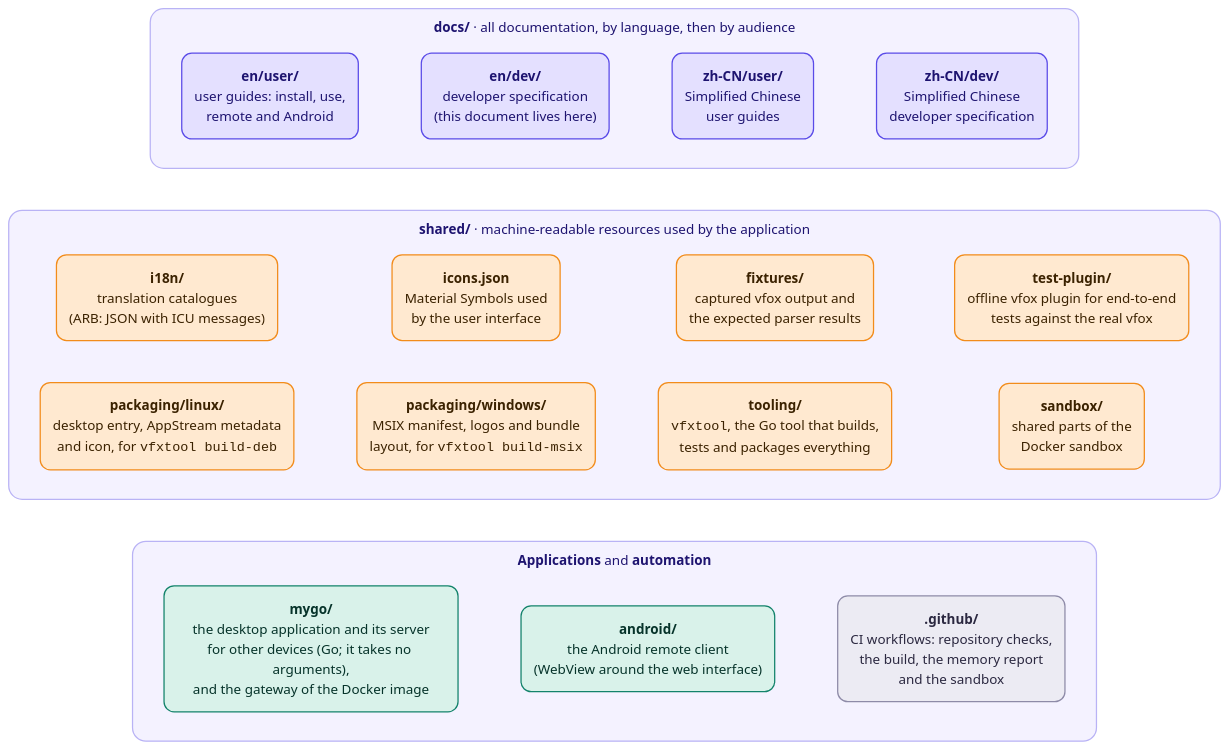
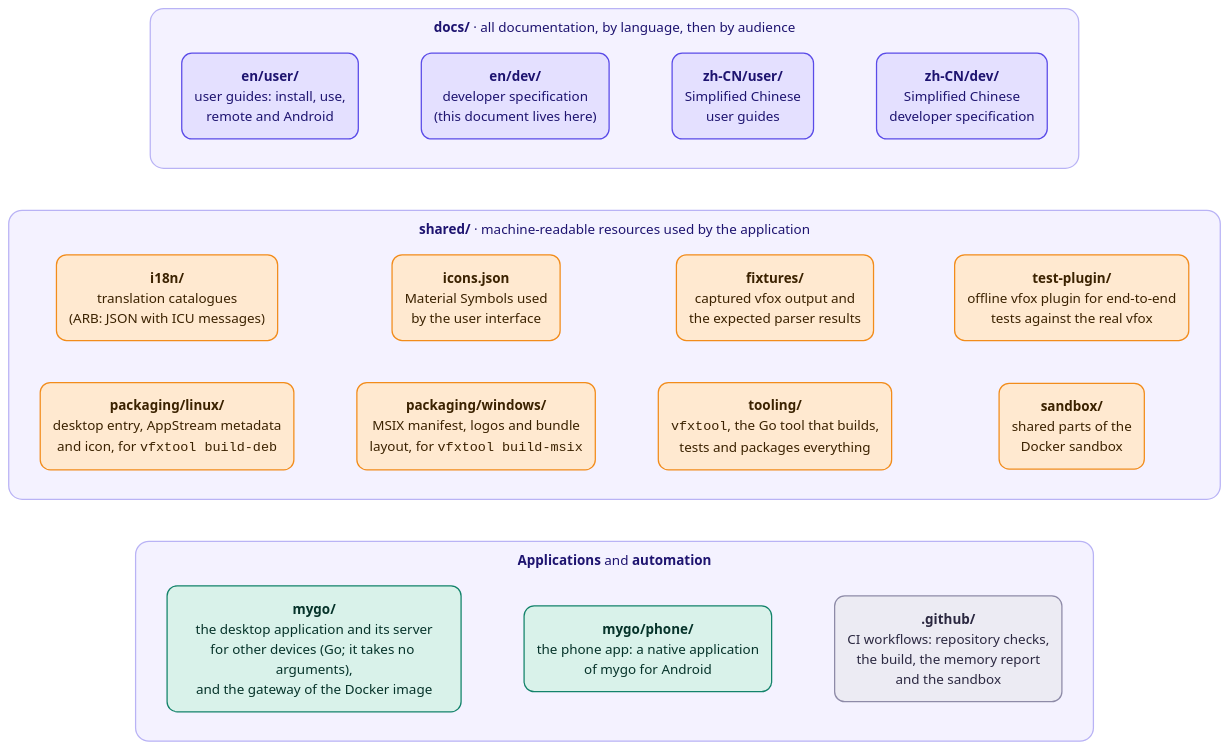
The first of 5 diagrams in docs/en/dev/architecture.md (version-fox/vfox-plus), drawn with Mermaid before and after one commit. The commit also changed other lines of this file and 27 other files, not shown here.

First line of the commit message:
Document the phone app in the user and developer guides

````diff
--- a/docs/en/dev/architecture.md
+++ b/docs/en/dev/architecture.md
@@ -14,51 +14,51 @@
 ```mermaid
 ---
 config:
   theme: base
   themeVariables:
     fontFamily: "system-ui, -apple-system, 'Segoe UI', 'Noto Sans', 'Noto Sans CJK SC', 'PingFang SC', 'Microsoft YaHei', sans-serif"
     lineColor: "#7C79A8"
     primaryColor: "#FFE9D0"
     primaryBorderColor: "#F28C1B"
     primaryTextColor: "#3B2200"
     clusterBkg: "#F4F2FF"
     clusterBorder: "#B9B3F5"
     titleColor: "#1E1470"
     edgeLabelBackground: "#FFFFFF"
   flowchart:
     curve: basis
     wrappingWidth: 320
     subGraphTitleMargin:
       top: 10
       bottom: 8
 ---
 flowchart TB
     accTitle: Repository layout
-    accDescr: docs holds the documentation, shared the resources used by the application, mygo the application and the gateway of the Docker image, android the Android client, and .github the CI workflows.
+    accDescr: docs holds the documentation, shared the resources used by the application, mygo the application, the gateway of the Docker image and the phone app, and .github the CI workflows.
     subgraph docs["<b>docs/</b> · all documentation, by language, then by audience"]
         direction LR
         d1("<b>en/user/</b><br/>user guides: install, use,<br/>remote and Android") ~~~ d2("<b>en/dev/</b><br/>developer specification<br/>(this document lives here)") ~~~ d3("<b>zh-CN/user/</b><br/>Simplified Chinese<br/>user guides") ~~~ d4("<b>zh-CN/dev/</b><br/>Simplified Chinese<br/>developer specification")
     end
     subgraph shared["<b>shared/</b> · machine-readable resources used by the application"]
         direction LR
         s1("<b>i18n/</b><br/>translation catalogues<br/>(ARB: JSON with ICU messages)") ~~~ s2("<b>icons.json</b><br/>Material Symbols used<br/>by the user interface") ~~~ s3("<b>fixtures/</b><br/>captured vfox output and<br/>the expected parser results") ~~~ s4("<b>test-plugin/</b><br/>offline vfox plugin for end-to-end<br/>tests against the real vfox")
         s5("<b>packaging/linux/</b><br/>desktop entry, AppStream metadata<br/>and icon, for <code>vfxtool build-deb</code>") ~~~ s6("<b>packaging/windows/</b><br/>MSIX manifest, logos and bundle<br/>layout, for <code>vfxtool build-msix</code>") ~~~ s7("<b>tooling/</b><br/><code>vfxtool</code>, the Go tool that builds,<br/>tests and packages everything") ~~~ s8("<b>sandbox/</b><br/>shared parts of the<br/>Docker sandbox")
     end
     subgraph code["<b>Applications</b> and <b>automation</b>"]
         direction LR
-        m("<b>mygo/</b><br/>the desktop application and its server<br/>for other devices (Go; it takes no arguments),<br/>and the gateway of the Docker image") ~~~ a("<b>android/</b><br/>the Android remote client<br/>(WebView around the web interface)") ~~~ g("<b>.github/</b><br/>CI workflows: repository checks,<br/>the build, the memory report<br/>and the sandbox")
+        m("<b>mygo/</b><br/>the desktop application and its server<br/>for other devices (Go; it takes no arguments),<br/>and the gateway of the Docker image") ~~~ a("<b>mygo/phone/</b><br/>the phone app: a native application<br/>of mygo for Android") ~~~ g("<b>.github/</b><br/>CI workflows: repository checks,<br/>the build, the memory report<br/>and the sandbox")
     end
     docs ~~~ shared ~~~ code
 
     classDef docs fill:#E4E0FF,stroke:#5A4BE8,color:#1E1470,stroke-width:1.5px,rx:12,ry:12
     classDef shared fill:#FFE9D0,stroke:#F28C1B,color:#3B2200,stroke-width:1.5px,rx:12,ry:12
     classDef app fill:#D9F2EA,stroke:#13836B,color:#06332A,stroke-width:1.5px,rx:12,ry:12
     classDef ci fill:#ECEBF3,stroke:#8E8BA8,color:#2B2840,stroke-width:1.5px,rx:12,ry:12
     class d1,d2,d3,d4 docs
     class s1,s2,s3,s4,s5,s6,s7,s8 shared
     class m,a app
     class g ci
     style docs fill:#F4F2FF,stroke:#B9B3F5,stroke-width:1.5px,rx:16,ry:16
     style shared fill:#F4F2FF,stroke:#B9B3F5,stroke-width:1.5px,rx:16,ry:16
     style code fill:#F4F2FF,stroke:#B9B3F5,stroke-width:1.5px,rx:16,ry:16
 ```
````
